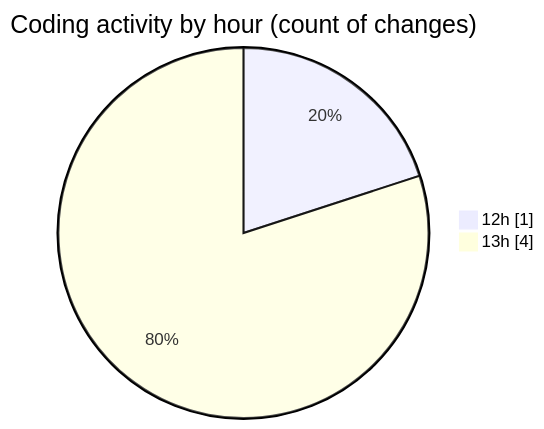
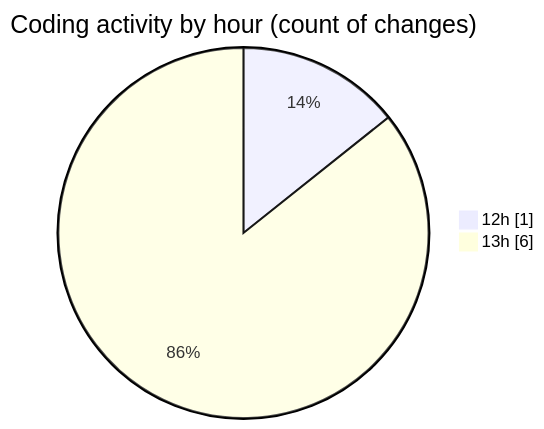
Before and after one commit to charlie-sans/code-tracking: the second of 2 diagrams in 2025-04-29/uhigh-lang/README.md, drawn with Mermaid. The commit also changed other lines of this file and 1 other file, not shown here.

````diff
--- a/2025-04-29/uhigh-lang/README.md
+++ b/2025-04-29/uhigh-lang/README.md
@@ -33,6 +35,6 @@
 ```mermaid
 pie showData
 title Coding activity by hour (count of changes)
 "12h" : 1
-"13h" : 4
+"13h" : 6
 ```
````
